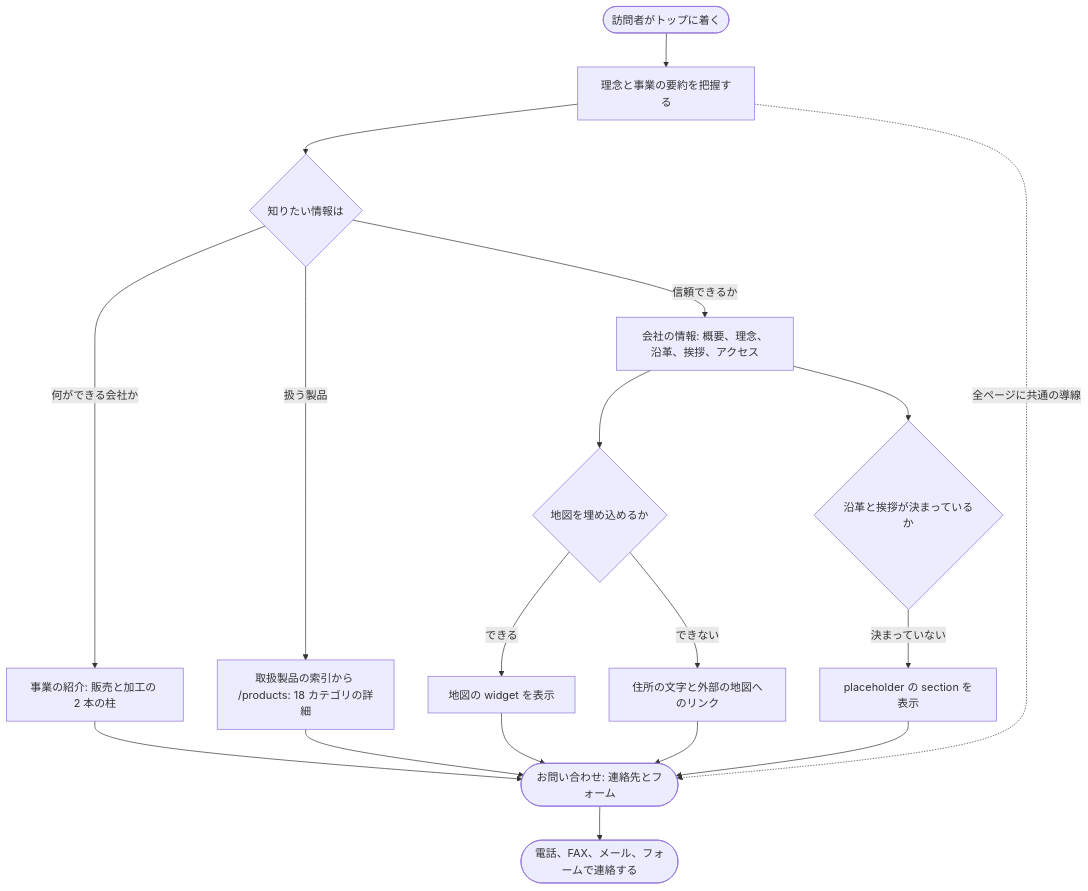
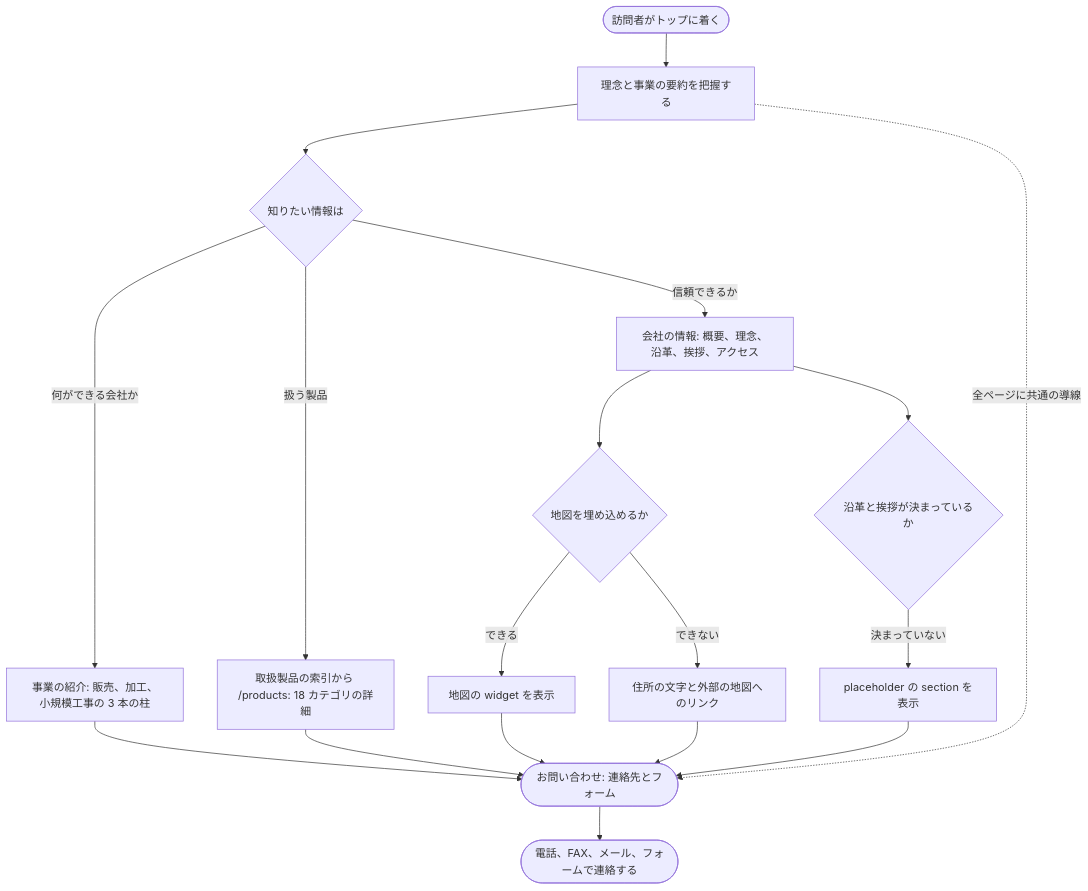
Before and after one commit to Fukuemon/kufu-apps: the second of 3 diagrams in apps/corporate-site/DesignDoc.md, drawn with Mermaid. The commit also changed other lines of this file and 1 other file, not shown here.

````diff
--- a/apps/corporate-site/DesignDoc.md
+++ b/apps/corporate-site/DesignDoc.md
@@ -121,22 +121,22 @@
 ```mermaid
 flowchart TD
     Start(["訪問者がトップに着く"]) --> Hero["理念と事業の要約を把握する"]
     Hero --> Decide{"知りたい情報は"}
-    Decide -->|"何ができる会社か"| Services["事業の紹介: 販売と加工の 2 本の柱"]
+    Decide -->|"何ができる会社か"| Services["事業の紹介: 販売、加工、小規模工事の 3 本の柱"]
     Decide -->|"扱う製品"| Products["取扱製品の索引から /products: 18 カテゴリの詳細"]
     Decide -->|"信頼できるか"| Company["会社の情報: 概要、理念、沿革、挨拶、アクセス"]
 
     Company --> MapCheck{"地図を埋め込めるか"}
     MapCheck -->|"できる"| MapEmbed["地図の widget を表示"]
     MapCheck -->|"できない"| MapLink["住所の文字と外部の地図へのリンク"]
     Company --> ContentCheck{"沿革と挨拶が決まっているか"}
     ContentCheck -->|"決まっていない"| Placeholder["placeholder の section を表示"]
 
     Services --> Contact
     Products --> Contact
     MapEmbed --> Contact
     MapLink --> Contact
     Placeholder --> Contact
     Hero -.->|"全ページに共通の導線"| Contact
     Contact(["お問い合わせ: 連絡先とフォーム"]) --> Goal(["電話、FAX、メール、フォームで連絡する"])
 ```
````
